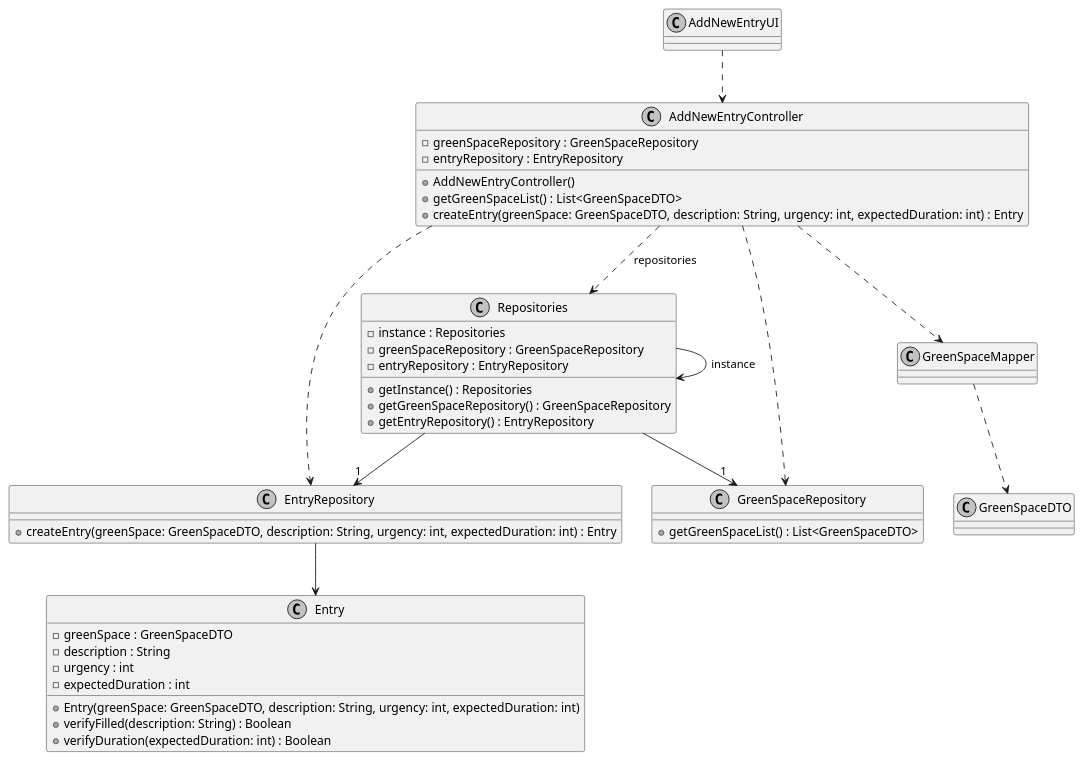
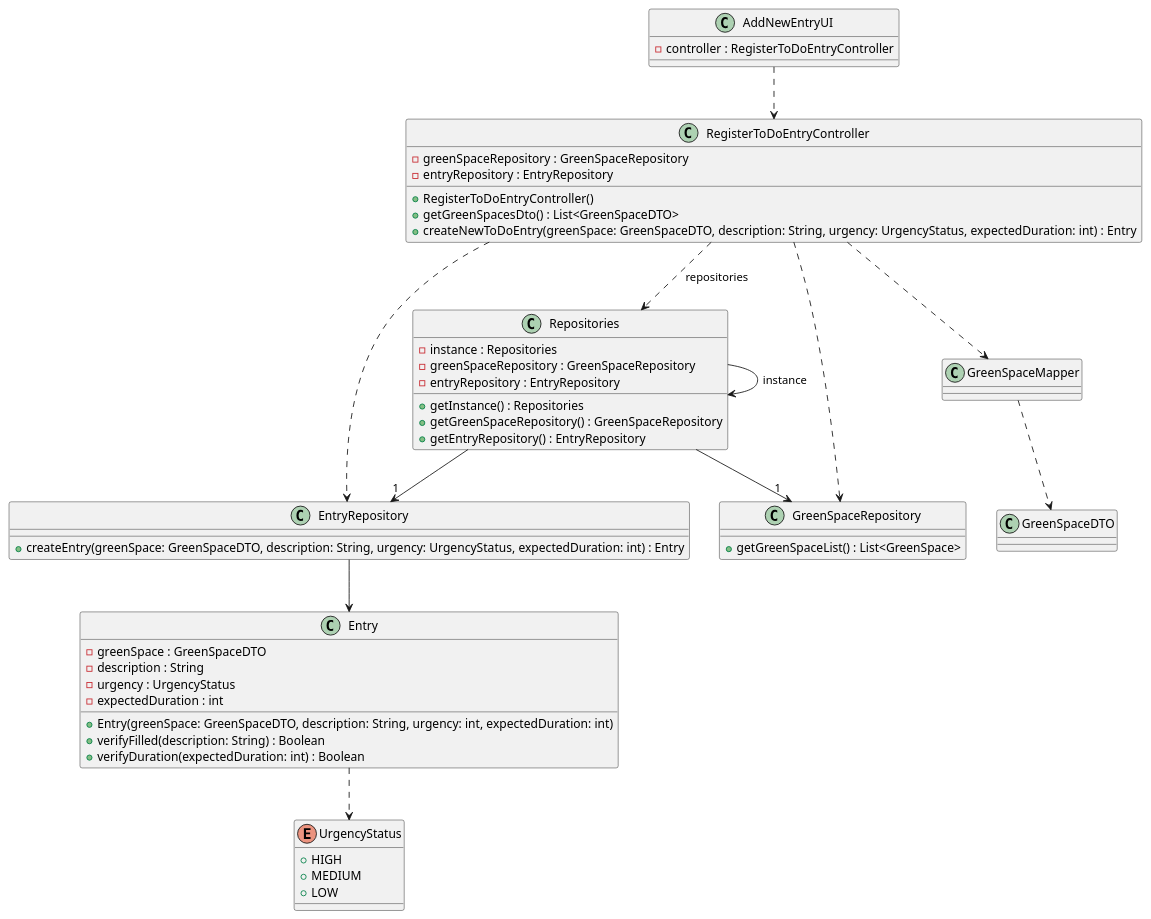
Before and after one commit to ricardomm7/leaflink: the diagram in docs/sprintC/us021/03.design/puml/us021-class-diagram.puml, drawn with PlantUML. The commit also changed 21 other files, not shown here.

```diff
--- a/docs/sprintC/us021/03.design/puml/us021-class-diagram.puml
+++ b/docs/sprintC/us021/03.design/puml/us021-class-diagram.puml
@@ -1,64 +1,70 @@
 @startuml
-skinparam monochrome true
-skinparam packageStyle rectangle
 skinparam shadowing false
+skinparam line type polyline
 
 class AddNewEntryUI {
+    - controller : RegisterToDoEntryController
 }
 
-class AddNewEntryController {
+class RegisterToDoEntryController {
     - greenSpaceRepository : GreenSpaceRepository
     - entryRepository : EntryRepository
-    + AddNewEntryController()
-    + getGreenSpaceList() : List<GreenSpaceDTO>
-    + createEntry(greenSpace: GreenSpaceDTO, description: String, urgency: int, expectedDuration: int) : Entry
+    + RegisterToDoEntryController()
+    + getGreenSpacesDto() : List<GreenSpaceDTO>
+    + createNewToDoEntry(greenSpace: GreenSpaceDTO, description: String, urgency: UrgencyStatus, expectedDuration: int) : Entry
+}
+
+enum UrgencyStatus{
++HIGH
++MEDIUM
++LOW
 }
 
 class Repositories {
     - instance : Repositories
     - greenSpaceRepository : GreenSpaceRepository
     - entryRepository : EntryRepository
     + getInstance() : Repositories
     + getGreenSpaceRepository() : GreenSpaceRepository
     + getEntryRepository() : EntryRepository
 }
 
 class GreenSpaceRepository {
-    + getGreenSpaceList() : List<GreenSpaceDTO>
+    + getGreenSpaceList() : List<GreenSpace>
 }
 
 class EntryRepository {
-    + createEntry(greenSpace: GreenSpaceDTO, description: String, urgency: int, expectedDuration: int) : Entry
+    + createEntry(greenSpace: GreenSpaceDTO, description: String, urgency: UrgencyStatus, expectedDuration: int) : Entry
 }
 
 class Entry {
     - greenSpace : GreenSpaceDTO
     - description : String
-    - urgency : int
+    - urgency : UrgencyStatus
     - expectedDuration : int
     + Entry(greenSpace: GreenSpaceDTO, description: String, urgency: int, expectedDuration: int)
     + verifyFilled(description: String) : Boolean
     + verifyDuration(expectedDuration: int) : Boolean
 }
 
 class GreenSpaceDTO {
 
 }
 
 class GreenSpaceMapper {
 }
 
-AddNewEntryUI ..> AddNewEntryController
-
-AddNewEntryController ..> Repositories: repositories
+AddNewEntryUI ..> RegisterToDoEntryController
+Entry ..> UrgencyStatus
+RegisterToDoEntryController ..> Repositories: repositories
 Repositories --> Repositories: instance
-AddNewEntryController ..> GreenSpaceRepository
-AddNewEntryController ..> EntryRepository
+RegisterToDoEntryController ..> GreenSpaceRepository
+RegisterToDoEntryController ..> EntryRepository
 Repositories --> "1" GreenSpaceRepository
 Repositories --> "1" EntryRepository
-AddNewEntryController ..> GreenSpaceMapper
+RegisterToDoEntryController ..> GreenSpaceMapper
 
 GreenSpaceMapper ..> GreenSpaceDTO
 EntryRepository --> Entry
 
 @enduml
```
